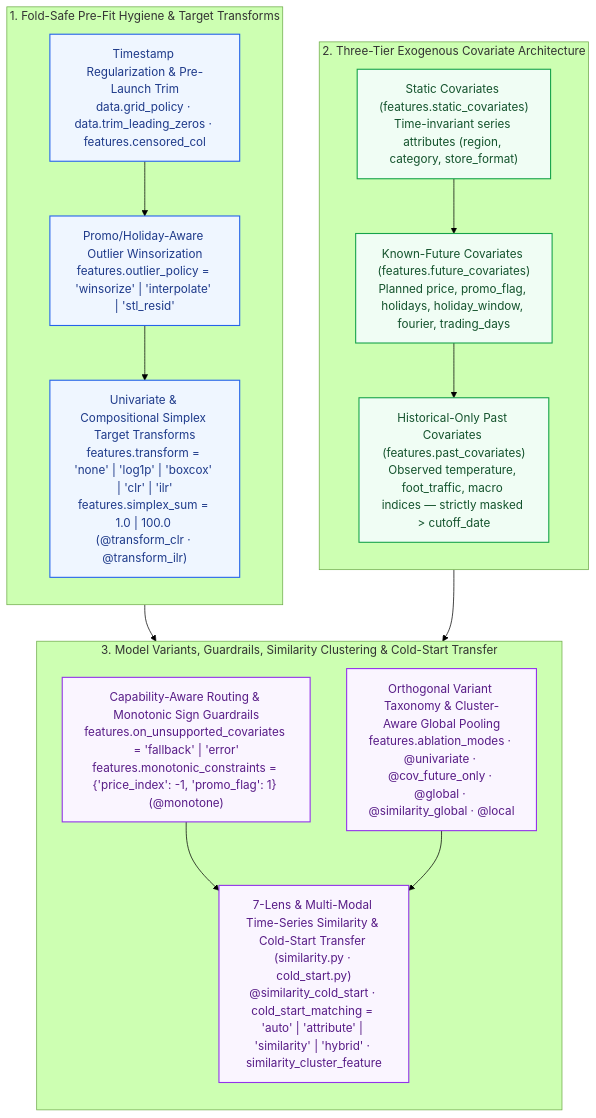
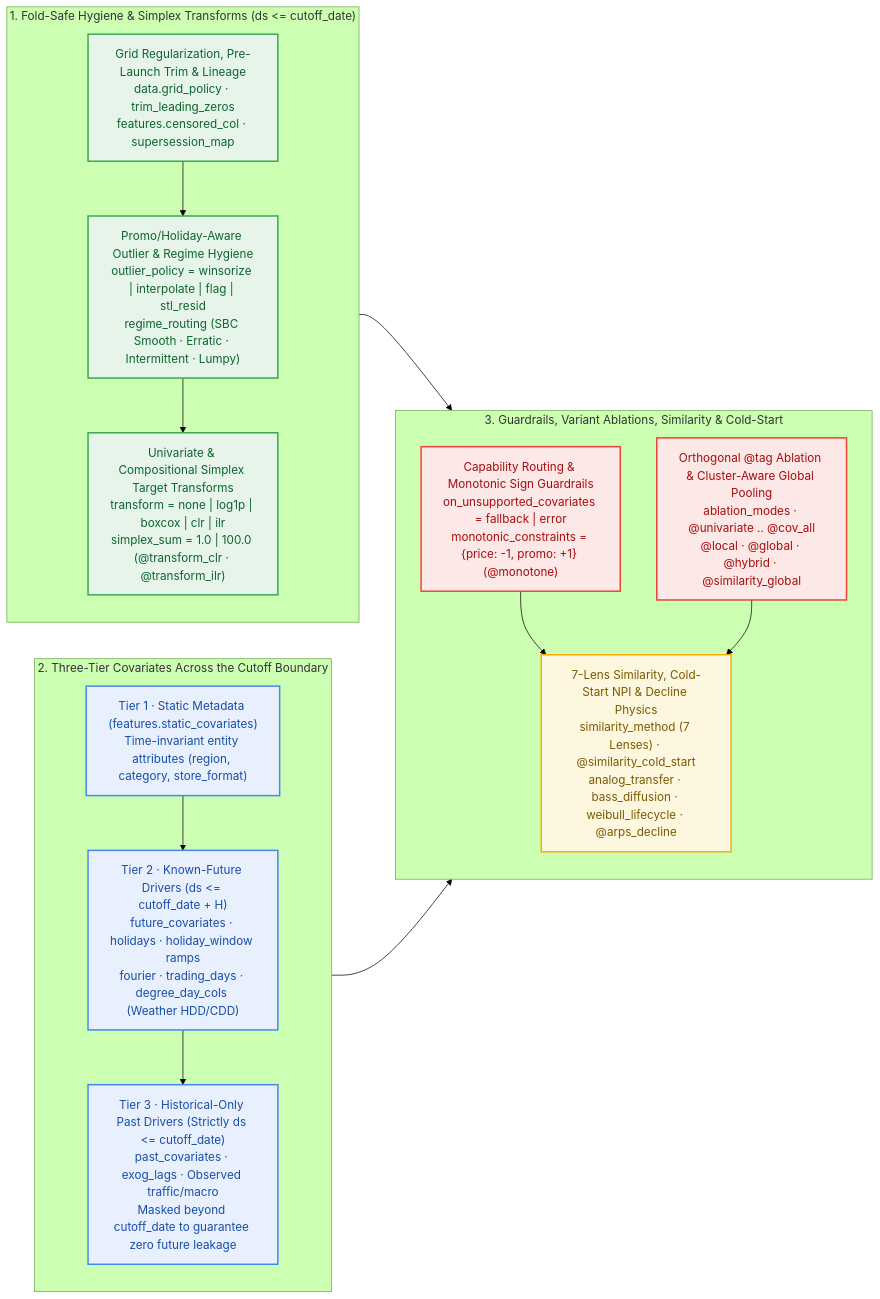
One commit to statmike/scale-forecasting changed the diagram in docs/features_and_covariates.md. Above: the diagram before and after it, drawn with Mermaid (forest theme). The commit also changed other lines of this file and 26 other files, not shown here.

Commit message:
docs(architecture): progressive 9-level visual architecture atlas, 8 hero diagrams & live parity tripwires

````diff
--- a/docs/features_and_covariates.md
+++ b/docs/features_and_covariates.md
@@ -5,32 +5,37 @@
 ```mermaid
-flowchart TD
-    classDef s1 fill:#eff6ff,stroke:#2563eb,stroke-width:1.5px,color:#1e3a8a
-    classDef s2 fill:#f0fdf4,stroke:#16a34a,stroke-width:1.5px,color:#14532d
-    classDef s3 fill:#faf5ff,stroke:#9333ea,stroke-width:1.5px,color:#581c87
-
-    subgraph S1["1. Fold-Safe Pre-Fit Hygiene & Target Transforms"]
+flowchart LR
+    subgraph S1["1. Fold-Safe Hygiene & Simplex Transforms (ds <= cutoff_date)"]
         direction TB
-        T1["Timestamp Regularization & Pre-Launch Trim<br/>data.grid_policy · data.trim_leading_zeros · features.censored_col"]:::s1
-        T2["Promo/Holiday-Aware Outlier Winsorization<br/>features.outlier_policy = 'winsorize' | 'interpolate' | 'stl_resid'"]:::s1
-        T3["Univariate & Compositional Simplex Target Transforms<br/>features.transform = 'none' | 'log1p' | 'boxcox' | 'clr' | 'ilr'<br/>features.simplex_sum = 1.0 | 100.0 (@transform_clr · @transform_ilr)"]:::s1
+        T1["Grid Regularization, Pre-Launch Trim & Lineage<br/>data.grid_policy · trim_leading_zeros<br/>features.censored_col · supersession_map"]
+        T2["Promo/Holiday-Aware Outlier & Regime Hygiene<br/>outlier_policy = winsorize | interpolate | flag | stl_resid<br/>regime_routing (SBC Smooth · Erratic · Intermittent · Lumpy)"]
+        T3["Univariate & Compositional Simplex Target Transforms<br/>transform = none | log1p | boxcox | clr | ilr<br/>simplex_sum = 1.0 | 100.0 (@transform_clr · @transform_ilr)"]
         T1 --> T2 --> T3
     end
 
-    subgraph S2["2. Three-Tier Exogenous Covariate Architecture"]
+    subgraph S2["2. Three-Tier Covariates Across the Cutoff Boundary"]
         direction TB
-        C1["Static Covariates (features.static_covariates)<br/>Time-invariant series attributes (region, category, store_format)"]:::s2
-        C2["Known-Future Covariates (features.future_covariates)<br/>Planned price, promo_flag, holidays, holiday_window, fourier, trading_days"]:::s2
-        C3["Historical-Only Past Covariates (features.past_covariates)<br/>Observed temperature, foot_traffic, macro indices — strictly masked > cutoff_date"]:::s2
+        C1["Tier 1 · Static Metadata (features.static_covariates)<br/>Time-invariant entity attributes (region, category, store_format)"]
+        C2["Tier 2 · Known-Future Drivers (ds <= cutoff_date + H)<br/>future_covariates · holidays · holiday_window ramps<br/>fourier · trading_days · degree_day_cols (Weather HDD/CDD)"]
+        C3["Tier 3 · Historical-Only Past Drivers (Strictly ds <= cutoff_date)<br/>past_covariates · exog_lags · Observed traffic/macro<br/>Masked beyond cutoff_date to guarantee zero future leakage"]
         C1 --> C2 --> C3
     end
 
-    subgraph S3["3. Model Variants, Guardrails, Similarity Clustering & Cold-Start Transfer"]
+    subgraph S3["3. Guardrails, Variant Ablations, Similarity & Cold-Start"]
         direction TB
-        V1["Capability-Aware Routing & Monotonic Sign Guardrails<br/>features.on_unsupported_covariates = 'fallback' | 'error'<br/>features.monotonic_constraints = {'price_index': -1, 'promo_flag': 1} (@monotone)"]:::s3
-        V2["Orthogonal Variant Taxonomy & Cluster-Aware Global Pooling<br/>features.ablation_modes · @univariate · @cov_future_only · @global · @similarity_global · @local"]:::s3
-        V3["7-Lens & Multi-Modal Time-Series Similarity & Cold-Start Transfer (similarity.py · cold_start.py)<br/>@similarity_cold_start · cold_start_matching = 'auto' | 'attribute' | 'similarity' | 'hybrid' · similarity_cluster_feature"]:::s3
+        V1["Capability Routing & Monotonic Sign Guardrails<br/>on_unsupported_covariates = fallback | error<br/>monotonic_constraints = {price: -1, promo: +1} (@monotone)"]
+        V2["Orthogonal @tag Ablation & Cluster-Aware Global Pooling<br/>ablation_modes · @univariate .. @cov_all<br/>@local · @global · @hybrid · @similarity_global"]
+        V3["7-Lens Similarity, Cold-Start NPI & Decline Physics<br/>similarity_method (7 Lenses) · @similarity_cold_start<br/>analog_transfer · bass_diffusion · weibull_lifecycle · @arps_decline"]
         V1 & V2 --> V3
     end
 
     S1 & S2 --> S3
+
+    classDef data fill:#E8F0FE,stroke:#4285F4,stroke-width:2px,color:#174EA6
+    classDef config fill:#FEF7E0,stroke:#F9AB00,stroke-width:2px,color:#7A5A00
+    classDef route fill:#FCE8E6,stroke:#EA4335,stroke-width:2px,color:#A50E0E
+    classDef compute fill:#E6F4EA,stroke:#34A853,stroke-width:2px,color:#0D652D
+    class C1,C2,C3 data
+    class V1,V2 route
+    class T1,T2,T3 compute
+    class V3 config
 ```
````
